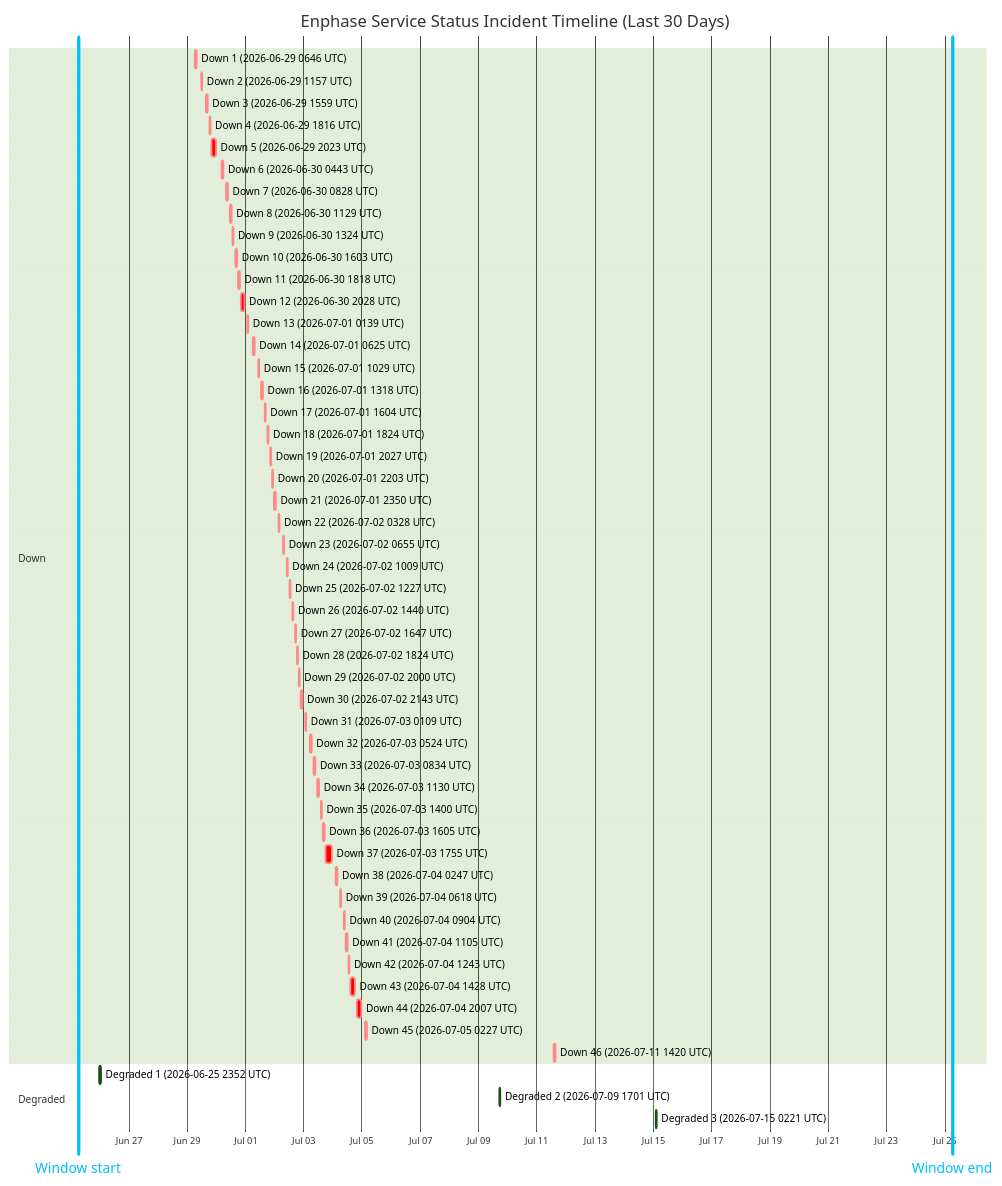
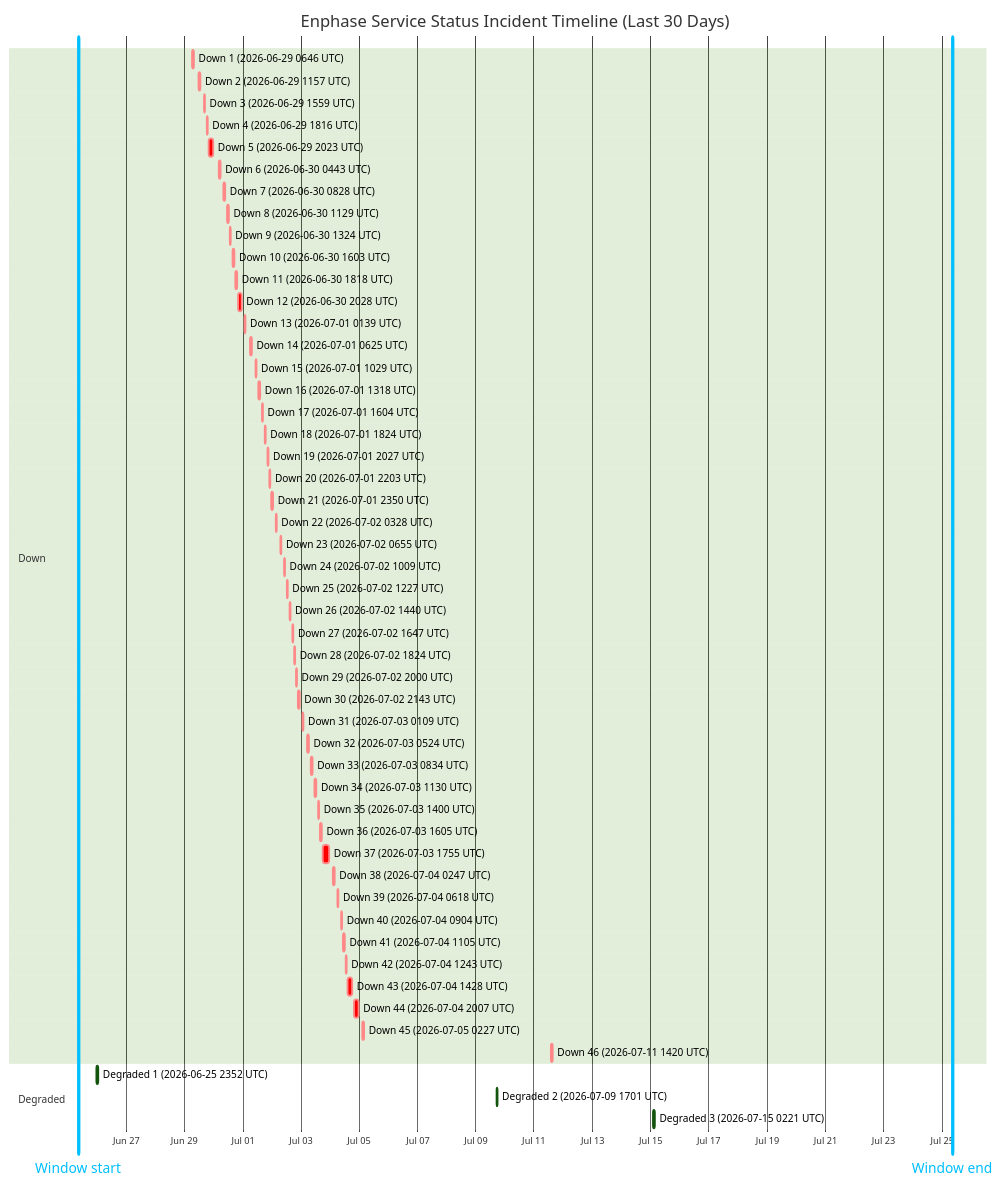
The diagram in wiki/Service-Status-History.md (barneyonline/ha-enphase-energy), drawn with Mermaid (forest theme) before and after one commit. The commit also changed other lines of this file and 3 other files, not shown here.

````diff
--- a/wiki/Service-Status-History.md
+++ b/wiki/Service-Status-History.md
@@ -14,59 +14,59 @@
 ```mermaid
 gantt
     title Enphase Service Status Incident Timeline (Last 30 Days)
     dateFormat  YYYY-MM-DDTHH:mm:ss
     axisFormat  %b %d
-    Window start :vert, window-start, 2026-06-25T06:16:14, 0ms
-    Window end :vert, window-end, 2026-07-25T06:16:14, 0ms
+    Window start :vert, window-start, 2026-06-25T08:29:19, 0ms
+    Window end :vert, window-end, 2026-07-25T08:29:19, 0ms
     section Down
     Down 1 (2026-06-29 0646 UTC) :crit, down-1, 2026-06-29T06:46:18, 60m
     Down 2 (2026-06-29 1157 UTC) :crit, down-2, 2026-06-29T11:57:36, 60m
     Down 3 (2026-06-29 1559 UTC) :crit, down-3, 2026-06-29T15:59:02, 60m
     Down 4 (2026-06-29 1816 UTC) :crit, down-4, 2026-06-29T18:16:38, 60m
     Down 5 (2026-06-29 2023 UTC) :crit, down-5, 2026-06-29T20:23:16, 220m
     Down 6 (2026-06-30 0443 UTC) :crit, down-6, 2026-06-30T04:43:54, 60m
     Down 7 (2026-06-30 0828 UTC) :crit, down-7, 2026-06-30T08:28:43, 60m
     Down 8 (2026-06-30 1129 UTC) :crit, down-8, 2026-06-30T11:29:15, 60m
     Down 9 (2026-06-30 1324 UTC) :crit, down-9, 2026-06-30T13:24:25, 60m
     Down 10 (2026-06-30 1603 UTC) :crit, down-10, 2026-06-30T16:03:26, 60m
     Down 11 (2026-06-30 1818 UTC) :crit, down-11, 2026-06-30T18:18:39, 60m
     Down 12 (2026-06-30 2028 UTC) :crit, down-12, 2026-06-30T20:28:54, 171m
     Down 13 (2026-07-01 0139 UTC) :crit, down-13, 2026-07-01T01:39:18, 60m
     Down 14 (2026-07-01 0625 UTC) :crit, down-14, 2026-07-01T06:25:35, 60m
     Down 15 (2026-07-01 1029 UTC) :crit, down-15, 2026-07-01T10:29:24, 60m
     Down 16 (2026-07-01 1318 UTC) :crit, down-16, 2026-07-01T13:18:31, 60m
     Down 17 (2026-07-01 1604 UTC) :crit, down-17, 2026-07-01T16:04:29, 60m
     Down 18 (2026-07-01 1824 UTC) :crit, down-18, 2026-07-01T18:24:21, 60m
     Down 19 (2026-07-01 2027 UTC) :crit, down-19, 2026-07-01T20:27:17, 60m
     Down 20 (2026-07-01 2203 UTC) :crit, down-20, 2026-07-01T22:03:46, 60m
     Down 21 (2026-07-01 2350 UTC) :crit, down-21, 2026-07-01T23:50:52, 60m
     Down 22 (2026-07-02 0328 UTC) :crit, down-22, 2026-07-02T03:28:33, 60m
     Down 23 (2026-07-02 0655 UTC) :crit, down-23, 2026-07-02T06:55:07, 60m
     Down 24 (2026-07-02 1009 UTC) :crit, down-24, 2026-07-02T10:09:15, 60m
     Down 25 (2026-07-02 1227 UTC) :crit, down-25, 2026-07-02T12:27:49, 60m
     Down 26 (2026-07-02 1440 UTC) :crit, down-26, 2026-07-02T14:40:53, 60m
     Down 27 (2026-07-02 1647 UTC) :crit, down-27, 2026-07-02T16:47:47, 60m
     Down 28 (2026-07-02 1824 UTC) :crit, down-28, 2026-07-02T18:24:26, 60m
     Down 29 (2026-07-02 2000 UTC) :crit, down-29, 2026-07-02T20:00:57, 60m
     Down 30 (2026-07-02 2143 UTC) :crit, down-30, 2026-07-02T21:43:52, 80m
     Down 31 (2026-07-03 0109 UTC) :crit, down-31, 2026-07-03T01:09:19, 60m
     Down 32 (2026-07-03 0524 UTC) :crit, down-32, 2026-07-03T05:24:23, 60m
     Down 33 (2026-07-03 0834 UTC) :crit, down-33, 2026-07-03T08:34:05, 60m
     Down 34 (2026-07-03 1130 UTC) :crit, down-34, 2026-07-03T11:30:41, 60m
     Down 35 (2026-07-03 1400 UTC) :crit, down-35, 2026-07-03T14:00:48, 60m
     Down 36 (2026-07-03 1605 UTC) :crit, down-36, 2026-07-03T16:05:49, 60m
     Down 37 (2026-07-03 1755 UTC) :crit, down-37, 2026-07-03T17:55:54, 338m
     Down 38 (2026-07-04 0247 UTC) :crit, down-38, 2026-07-04T02:47:22, 60m
     Down 39 (2026-07-04 0618 UTC) :crit, down-39, 2026-07-04T06:18:09, 60m
     Down 40 (2026-07-04 0904 UTC) :crit, down-40, 2026-07-04T09:04:41, 60m
     Down 41 (2026-07-04 1105 UTC) :crit, down-41, 2026-07-04T11:05:21, 60m
     Down 42 (2026-07-04 1243 UTC) :crit, down-42, 2026-07-04T12:43:25, 60m
     Down 43 (2026-07-04 1428 UTC) :crit, down-43, 2026-07-04T14:28:07, 243m
     Down 44 (2026-07-04 2007 UTC) :crit, down-44, 2026-07-04T20:07:50, 206m
     Down 45 (2026-07-05 0227 UTC) :crit, down-45, 2026-07-05T02:27:32, 109m
     Down 46 (2026-07-11 1420 UTC) :crit, down-46, 2026-07-11T14:20:54, 69m
     section Degraded
     Degraded 1 (2026-06-25 2352 UTC) :active, degraded-1, 2026-06-25T23:52:01, 60m
     Degraded 2 (2026-07-09 1701 UTC) :active, degraded-2, 2026-07-09T17:01:02, 60m
     Degraded 3 (2026-07-15 0221 UTC) :active, degraded-3, 2026-07-15T02:21:35, 60m
 ```
````
